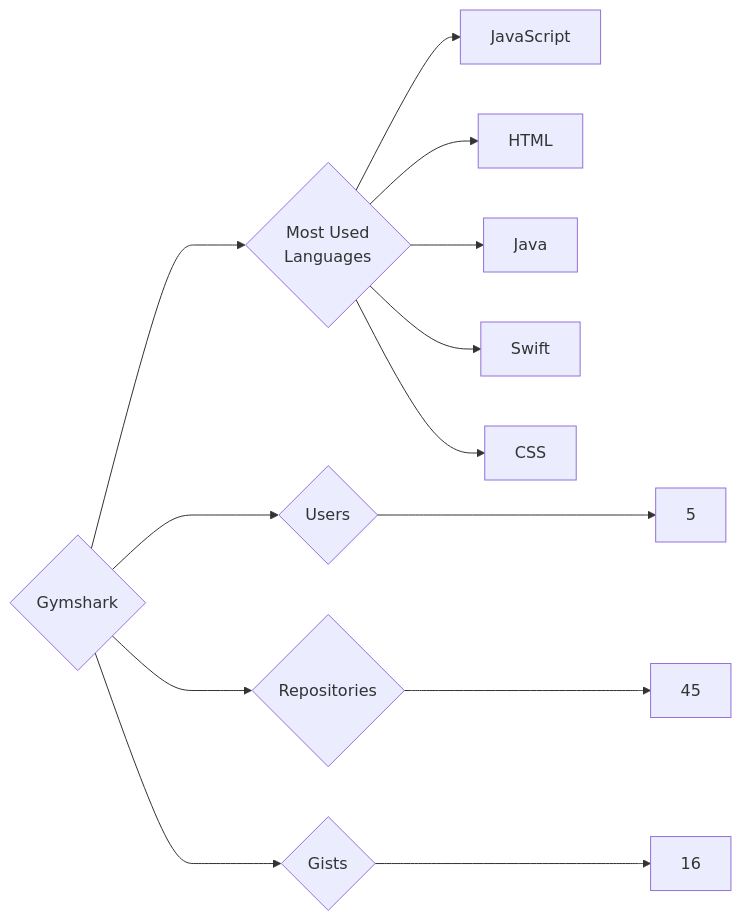
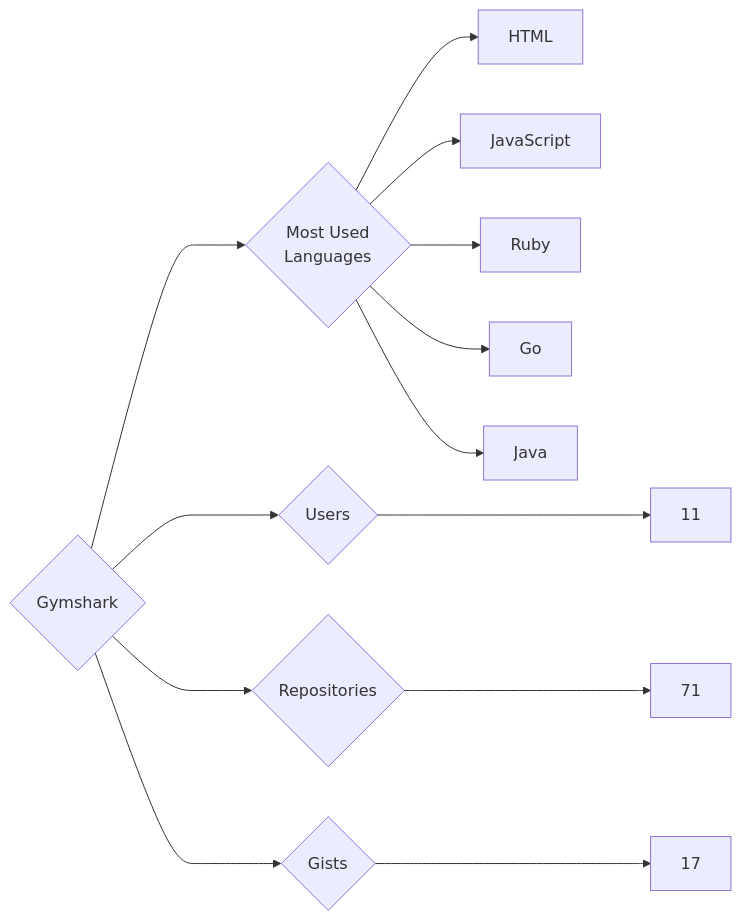
The diagram in targets/Gymshark/README.md (trickest/insiders), drawn with Mermaid before and after one commit. The commit also changed 965 other files, not shown here.

````diff
--- a/targets/Gymshark/README.md
+++ b/targets/Gymshark/README.md
@@ -3,13 +3,13 @@
 ```mermaid
 graph LR
 COMPANY_NAME{Gymshark}
-COMPANY_NAME ---> U{Users} ---> UN[5]
-COMPANY_NAME ---> R{Repositories} ---> RN[45]
-COMPANY_NAME ---> G{Gists} ---> GN[16]
+COMPANY_NAME ---> U{Users} ---> UN[11]
+COMPANY_NAME ---> R{Repositories} ---> RN[71]
+COMPANY_NAME ---> G{Gists} ---> GN[17]
 COMPANY_NAME ---> ML{Most Used<br>Languages}
+ML --> HTML[HTML]
 ML --> JavaScript[JavaScript]
-ML --> HTML[HTML]
+ML --> Ruby[Ruby]
+ML --> Go[Go]
 ML --> Java[Java]
-ML --> Swift[Swift]
-ML --> CSS[CSS]
 ```
````
